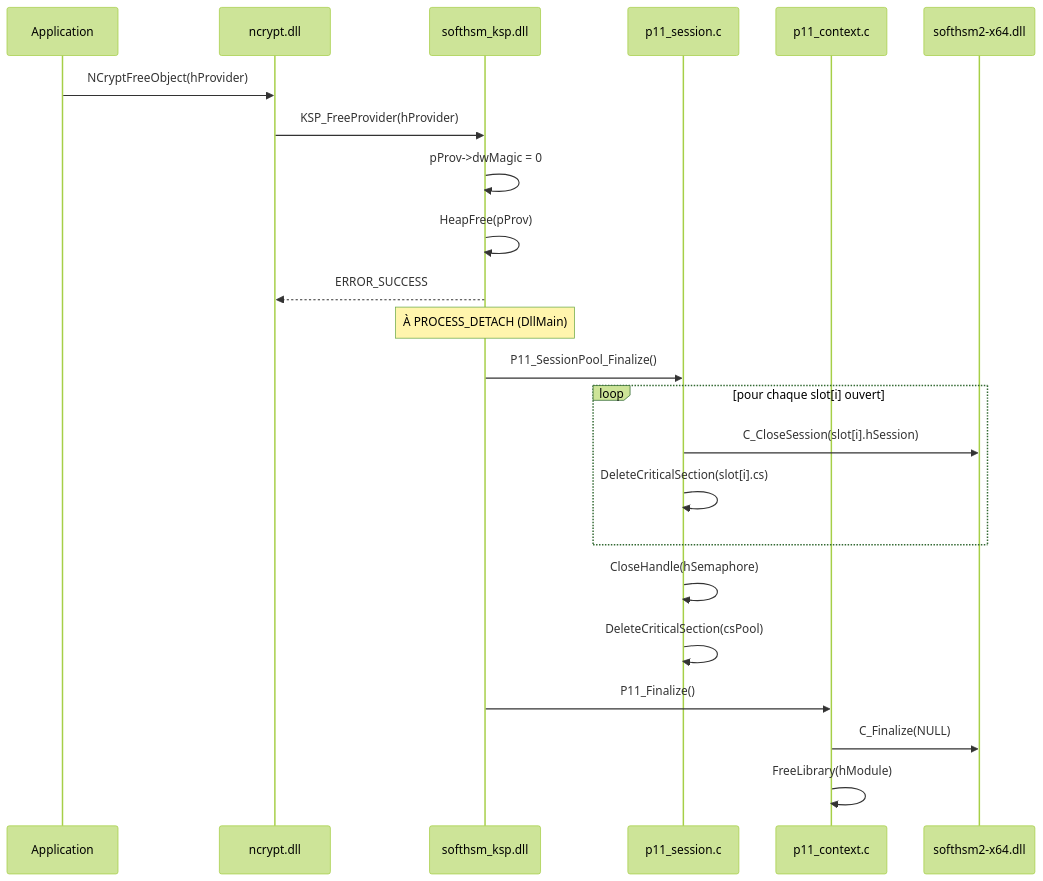
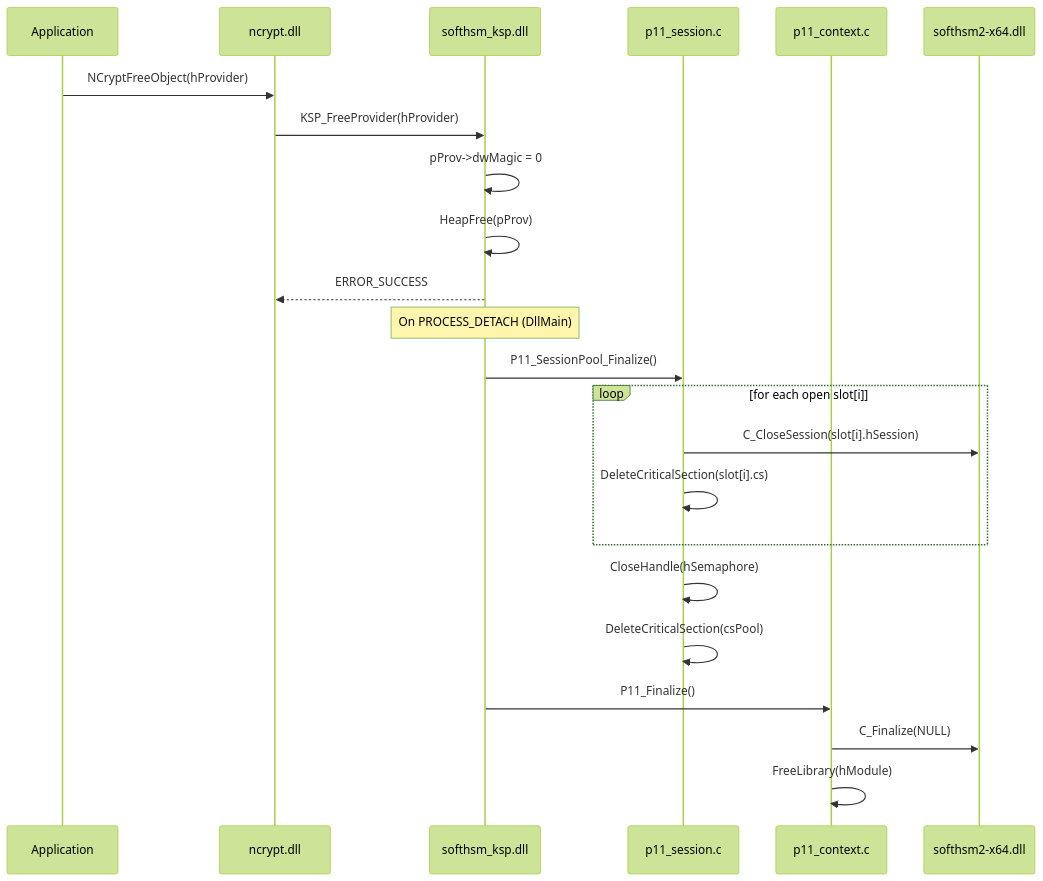
Before and after one commit to Gaillotte/Noida: the fourth of 4 diagrams in softhsm_ksp/docs/02-initialisation.md, drawn with Mermaid (forest theme). The commit also changed other lines of this file and 9 other files, not shown here.

````diff
--- a/softhsm_ksp/docs/02-initialisation.md
+++ b/softhsm_ksp/docs/02-initialisation.md
@@ -129,29 +129,29 @@
 ```mermaid
 sequenceDiagram
     participant App as Application
     participant NCrypt as ncrypt.dll
     participant KSP as softhsm_ksp.dll
     participant Pool as p11_session.c
     participant P11Ctx as p11_context.c
     participant HSM as softhsm2-x64.dll
 
     App->>NCrypt: NCryptFreeObject(hProvider)
     NCrypt->>KSP: KSP_FreeProvider(hProvider)
     KSP->>KSP: pProv->dwMagic = 0
     KSP->>KSP: HeapFree(pProv)
     KSP-->>NCrypt: ERROR_SUCCESS
 
-    note over KSP: À PROCESS_DETACH (DllMain)
+    note over KSP: On PROCESS_DETACH (DllMain)
 
     KSP->>Pool: P11_SessionPool_Finalize()
-    loop pour chaque slot[i] ouvert
+    loop for each open slot[i]
         Pool->>HSM: C_CloseSession(slot[i].hSession)
         Pool->>Pool: DeleteCriticalSection(slot[i].cs)
     end
     Pool->>Pool: CloseHandle(hSemaphore)
     Pool->>Pool: DeleteCriticalSection(csPool)
 
     KSP->>P11Ctx: P11_Finalize()
     P11Ctx->>HSM: C_Finalize(NULL)
     P11Ctx->>P11Ctx: FreeLibrary(hModule)
 ```
````
